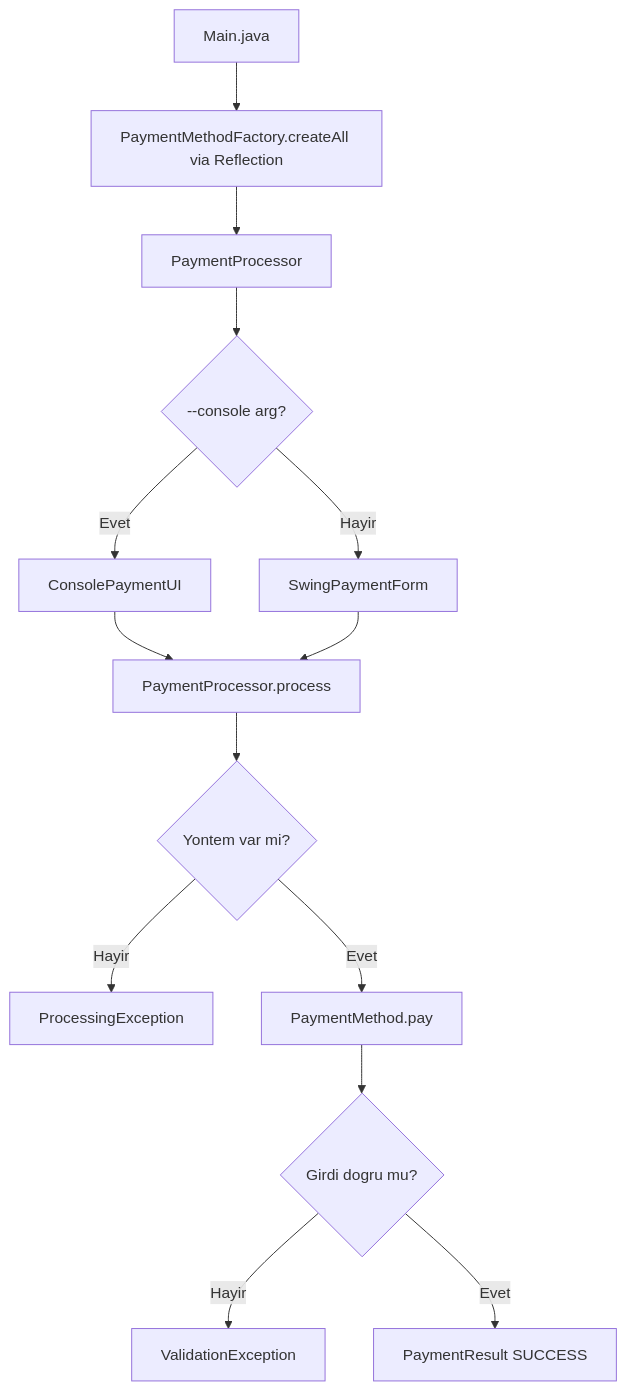
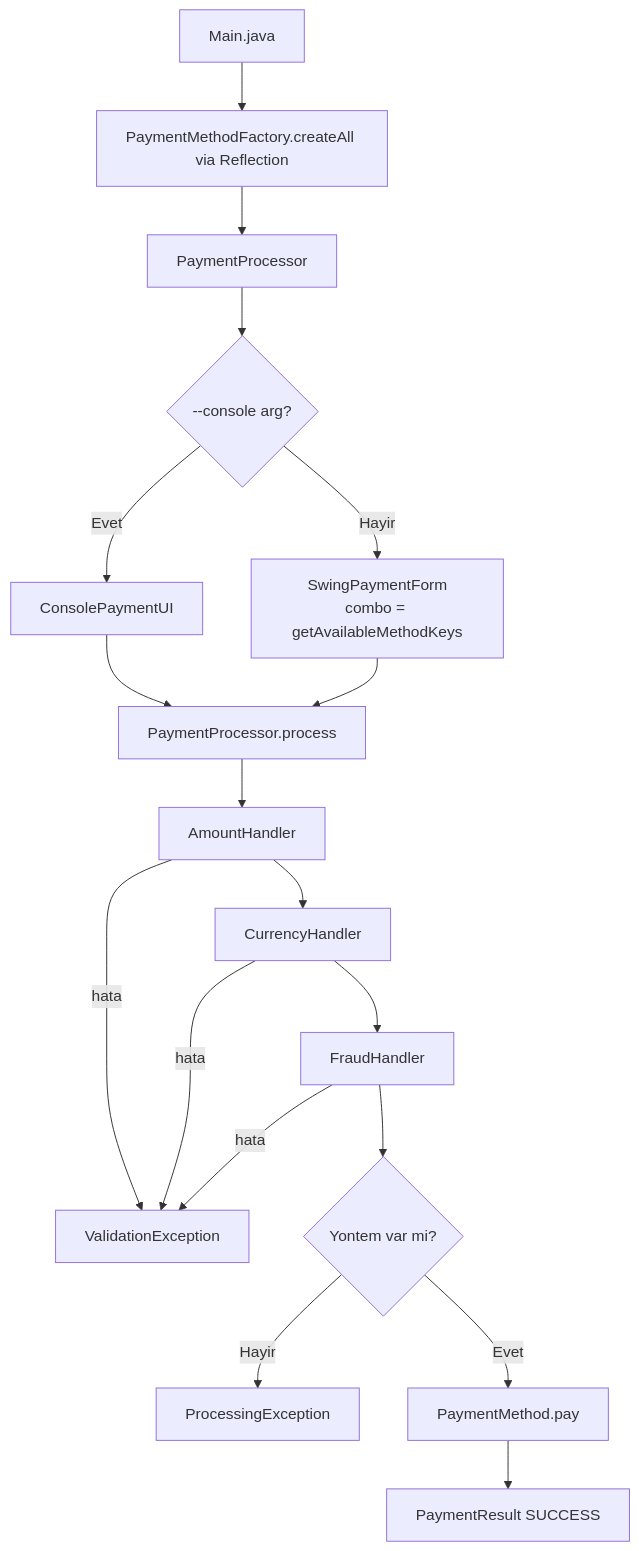
One commit to SamedBilginAlternet/n11_final changed the second of 2 diagrams in README.md. Above: the diagram before and after it, drawn with Mermaid. The commit also changed other lines of this file, not shown here.

Commit message:
docs: sync README with CoR pattern, BankTransfer, UI auto-sync, updated diagrams and test inputs

````diff
--- a/README.md
+++ b/README.md
@@ -119,16 +156,20 @@
 ```mermaid
 flowchart TD
     A[Main.java] --> B[PaymentMethodFactory.createAll via Reflection]
     B --> C[PaymentProcessor]
     C --> D{--console arg?}
     D -- Evet --> E[ConsolePaymentUI]
-    D -- Hayir --> F[SwingPaymentForm]
+    D -- Hayir --> F[SwingPaymentForm\ncombo = getAvailableMethodKeys]
     E --> G[PaymentProcessor.process]
     F --> G
-    G --> H{Yontem var mi?}
-    H -- Hayir --> I[ProcessingException]
-    H -- Evet --> J[PaymentMethod.pay]
-    J --> K{Girdi dogru mu?}
-    K -- Hayir --> L[ValidationException]
-    K -- Evet --> M[PaymentResult SUCCESS]
+    G --> H[AmountHandler]
+    H --> I[CurrencyHandler]
+    I --> J[FraudHandler]
+    H -- hata --> K[ValidationException]
+    I -- hata --> K
+    J -- hata --> K
+    J --> L{Yontem var mi?}
+    L -- Hayir --> M[ProcessingException]
+    L -- Evet --> N[PaymentMethod.pay]
+    N --> O[PaymentResult SUCCESS]
 ```
````
